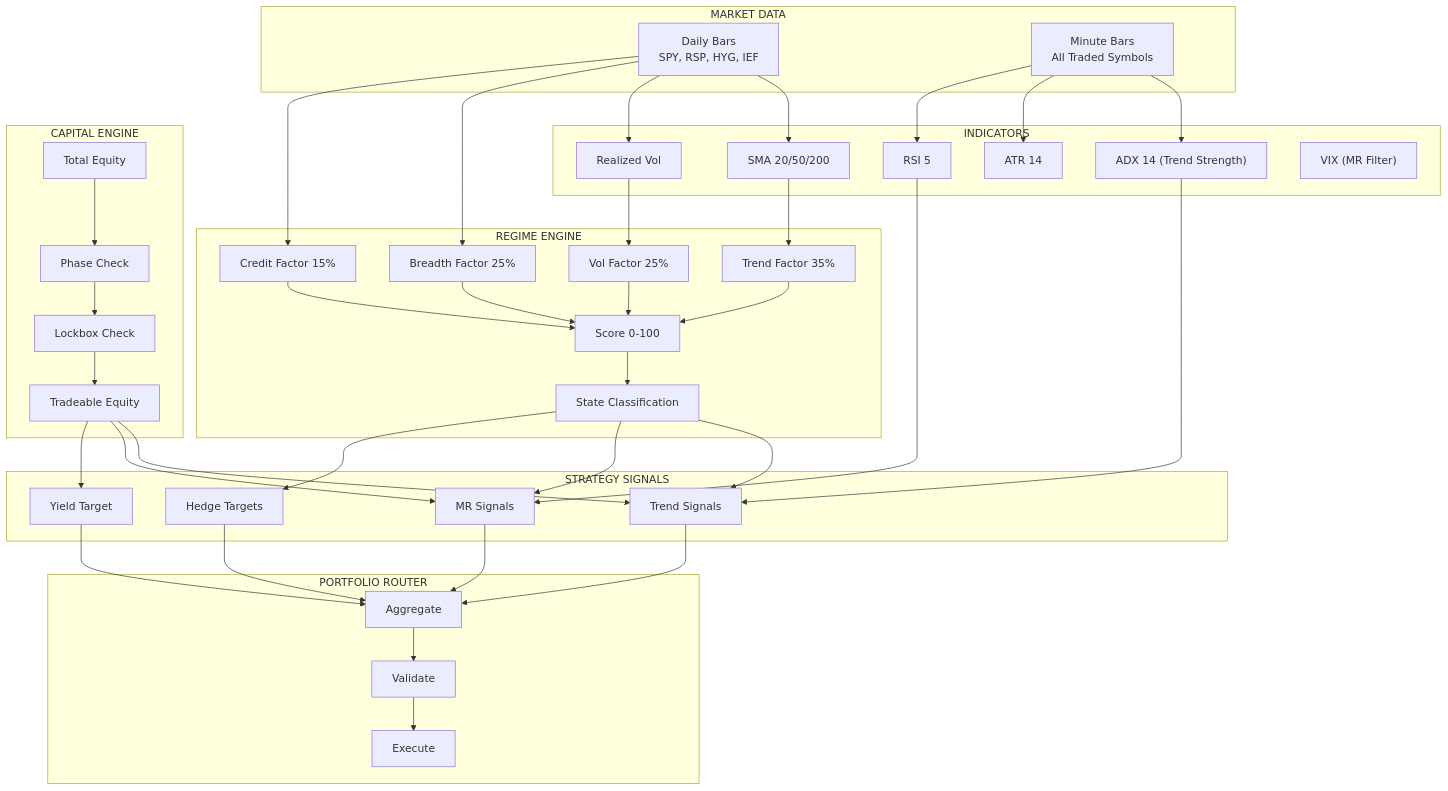
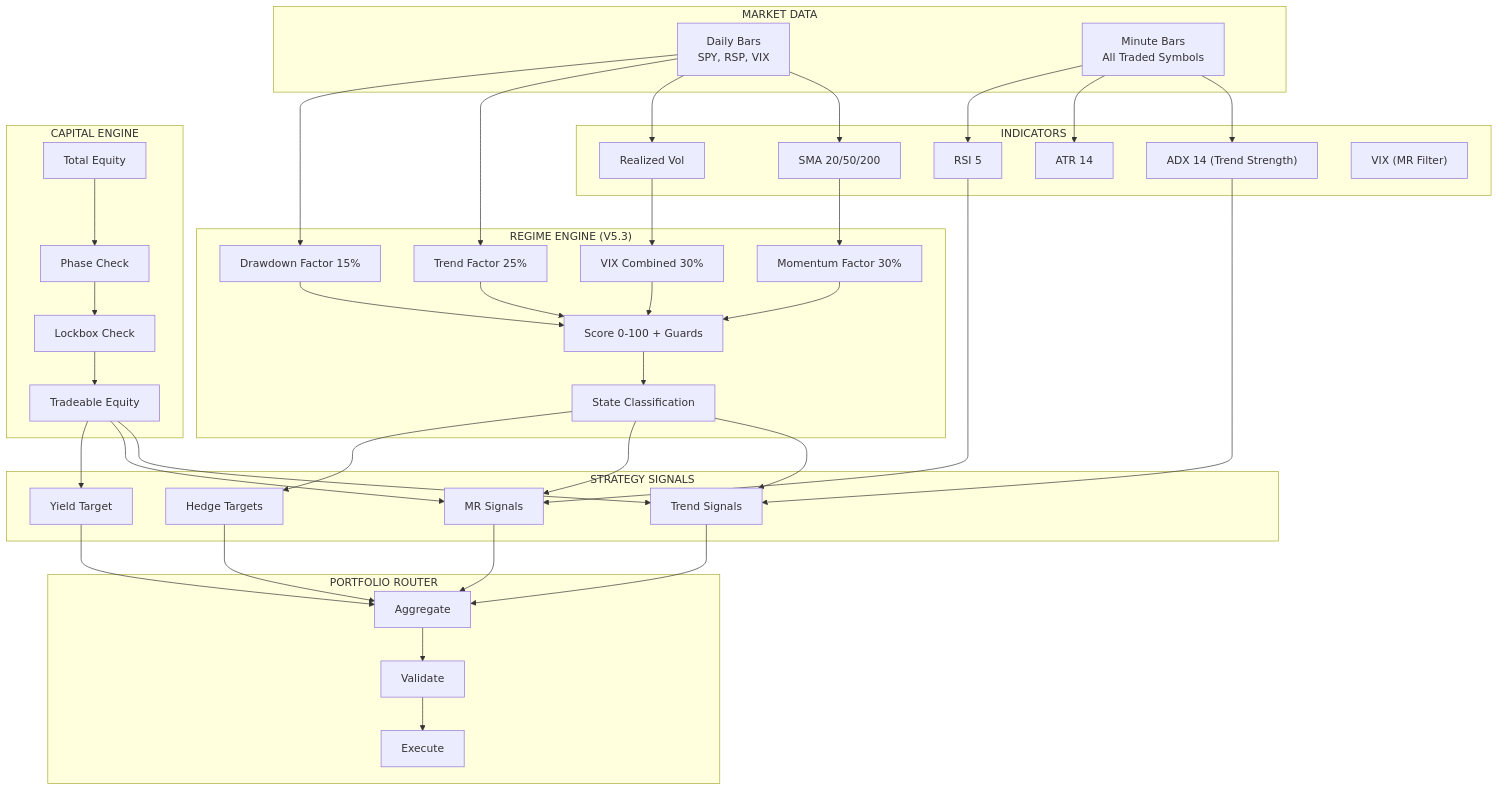
The second of 3 diagrams in docs/system/02-system-architecture.md (vickdavinci/alpha-nextgen-v2-private), drawn with Mermaid before and after one commit. The commit also changed other lines of this file, not shown here.

First line of the commit message:
docs: update 02-system-architecture.md for V6.x

````diff
--- a/docs/system/02-system-architecture.md
+++ b/docs/system/02-system-architecture.md
@@ -152,63 +150,63 @@
 ```mermaid
 flowchart TB
     subgraph MARKET["MARKET DATA"]
-        MD1["Daily Bars<br/>SPY, RSP, HYG, IEF"]
+        MD1["Daily Bars<br/>SPY, RSP, VIX"]
         MD2["Minute Bars<br/>All Traded Symbols"]
     end
 
     subgraph INDICATORS["INDICATORS"]
         IND1["SMA 20/50/200"]
         IND2["ADX 14 (Trend Strength)"]
         IND3["ATR 14"]
         IND4["RSI 5"]
         IND5["Realized Vol"]
         IND6["VIX (MR Filter)"]
     end
 
-    subgraph REGIME["REGIME ENGINE"]
-        RE1["Trend Factor 35%"]
-        RE2["Vol Factor 25%"]
-        RE3["Breadth Factor 25%"]
-        RE4["Credit Factor 15%"]
-        RE5["Score 0-100"]
+    subgraph REGIME["REGIME ENGINE (V5.3)"]
+        RE1["Momentum Factor 30%"]
+        RE2["VIX Combined 30%"]
+        RE3["Trend Factor 25%"]
+        RE4["Drawdown Factor 15%"]
+        RE5["Score 0-100 + Guards"]
         RE6["State Classification"]
     end
 
     subgraph CAPITAL["CAPITAL ENGINE"]
         CE1["Total Equity"]
         CE2["Phase Check"]
         CE3["Lockbox Check"]
         CE4["Tradeable Equity"]
     end
 
     subgraph STRATEGIES["STRATEGY SIGNALS"]
         ST1["Trend Signals"]
         ST2["MR Signals"]
         ST3["Hedge Targets"]
         ST4["Yield Target"]
     end
 
     subgraph ROUTER["PORTFOLIO ROUTER"]
         RO1["Aggregate"]
         RO2["Validate"]
         RO3["Execute"]
     end
 
     MD1 --> IND1 & IND5
     MD2 --> IND2 & IND3 & IND4
 
     IND1 --> RE1
     IND5 --> RE2
     MD1 --> RE3 & RE4
 
     RE1 & RE2 & RE3 & RE4 --> RE5 --> RE6
 
     CE1 --> CE2 --> CE3 --> CE4
 
     RE6 --> ST1 & ST2 & ST3
     CE4 --> ST1 & ST2 & ST4
     IND2 --> ST1
     IND4 --> ST2
 
     ST1 & ST2 & ST3 & ST4 --> RO1 --> RO2 --> RO3
 ```
````
